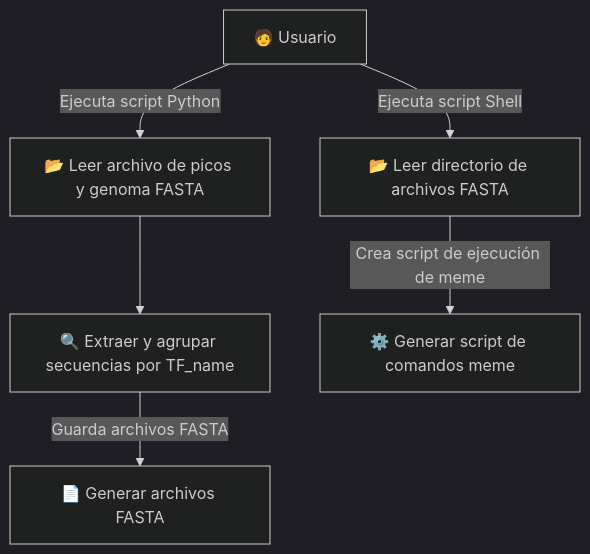
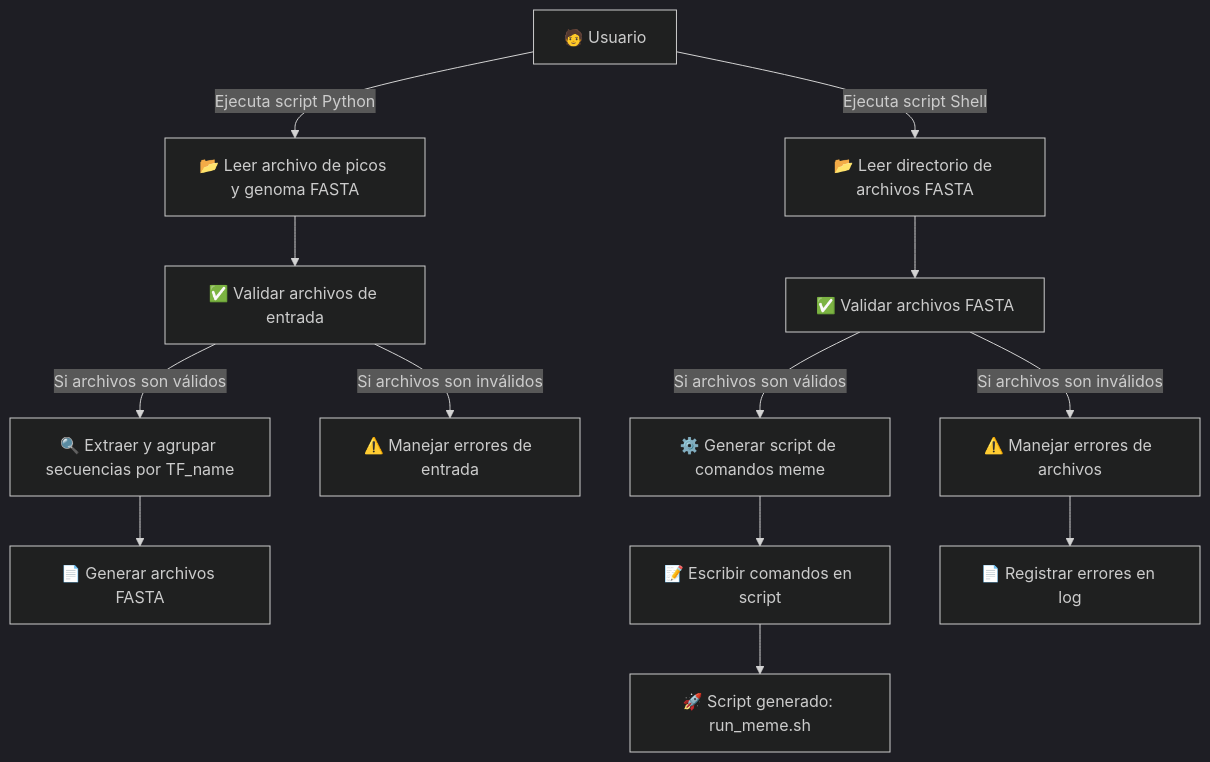
One commit to Ashm0nt/peak_analysis changed the diagram in doc/proyect-description.md. Above: the diagram before and after it, drawn with Mermaid (dark theme). The commit also changed other lines of this file, not shown here.

````diff
--- a/doc/proyect-description.md
+++ b/doc/proyect-description.md
@@ -249,12 +286,19 @@
 ```mermaid
-%% Diagrama de Casos de Uso en Mermaid
-%% Representa la interacción del usuario con el sistema de extracción y creación de FASTA
+%% Diagrama de Flujo para el Proyecto Completo (Python + Shell)
+%% Representa el proceso de extracción de secuencias y generación de comandos para meme
 
 graph TD
   usuario["🧑 Usuario"] -->|Ejecuta script Python| UC1["📂 Leer archivo de picos y genoma FASTA"]
-  UC1 --> UC2["🔍 Extraer y agrupar secuencias por TF_name"]
-  UC2 -->|Guarda archivos FASTA| UC3["📄 Generar archivos FASTA"]
+  UC1 --> UC2["✅ Validar archivos de entrada"]
+  UC2 -->|Si archivos son válidos| UC3["🔍 Extraer y agrupar secuencias por TF_name"]
+  UC3 --> UC4["📄 Generar archivos FASTA"]
+  UC2 -->|Si archivos son inválidos| UC5["⚠️ Manejar errores de entrada"]
   
-  usuario -->|Ejecuta script Shell| UC4["📂 Leer directorio de archivos FASTA"]
-  UC4 -->|Crea script de ejecución de meme| UC5["⚙️ Generar script de comandos meme"]
+  usuario -->|Ejecuta script Shell| UC6["📂 Leer directorio de archivos FASTA"]
+  UC6 --> UC7["✅ Validar archivos FASTA"]
+  UC7 -->|Si archivos son válidos| UC8["⚙️ Generar script de comandos meme"]
+  UC8 --> UC9["📝 Escribir comandos en script"]
+  UC7 -->|Si archivos son inválidos| UC10["⚠️ Manejar errores de archivos"]
+  UC9 --> UC11["🚀 Script generado: run_meme.sh"]
+  UC10 --> UC12["📄 Registrar errores en log"]
 ```
````
